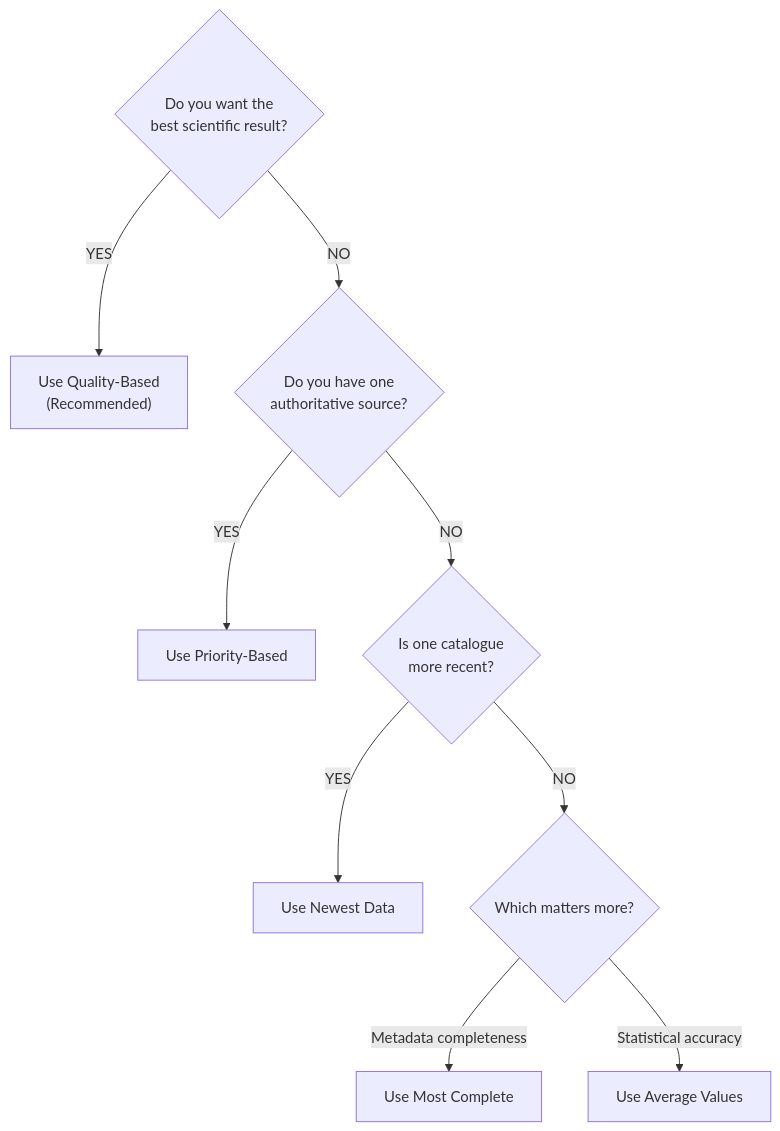
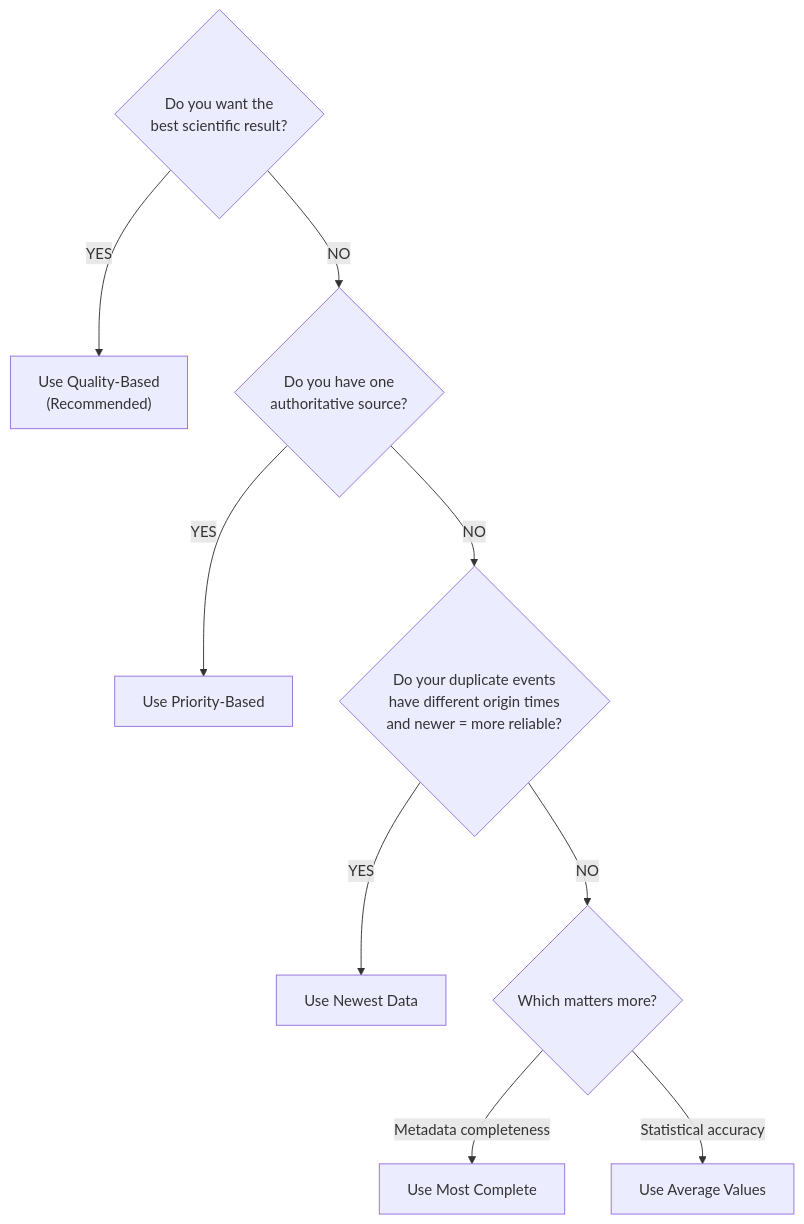
One commit to KennyGraham1/catalogofcatalogs changed the second of 5 diagrams in docs/source/user-guide/merging-catalogues.rst. Above: the diagram before and after it, drawn with Mermaid. The commit also changed other lines of this file, not shown here.

Commit message:
docs: update catalogue merging logic, strategy descriptions, and processing steps in user guide

```diff
--- a/docs/source/user-guide/merging-catalogues.rst
+++ b/docs/source/user-guide/merging-catalogues.rst
@@ -126,14 +126,14 @@
 .. mermaid::
 
    flowchart TD
        Start{"Do you want the<br/>best scientific result?"} -- YES --> Quality["Use Quality-Based<br/>(Recommended)"]
        Start -- NO --> Auth{"Do you have one<br/>authoritative source?"}
        
        Auth -- YES --> Priority["Use Priority-Based"]
-       Auth -- NO --> Recent{"Is one catalogue<br/>more recent?"}
-       
+       Auth -- NO --> Recent{"Do your duplicate events<br/>have different origin times<br/>and newer = more reliable?"}
+
        Recent -- YES --> Newest["Use Newest Data"]
        Recent -- NO --> Matter{"Which matters more?"}
        
        Matter -- "Metadata completeness" --> Complete["Use Most Complete"]
        Matter -- "Statistical accuracy" --> Average["Use Average Values"]
```
